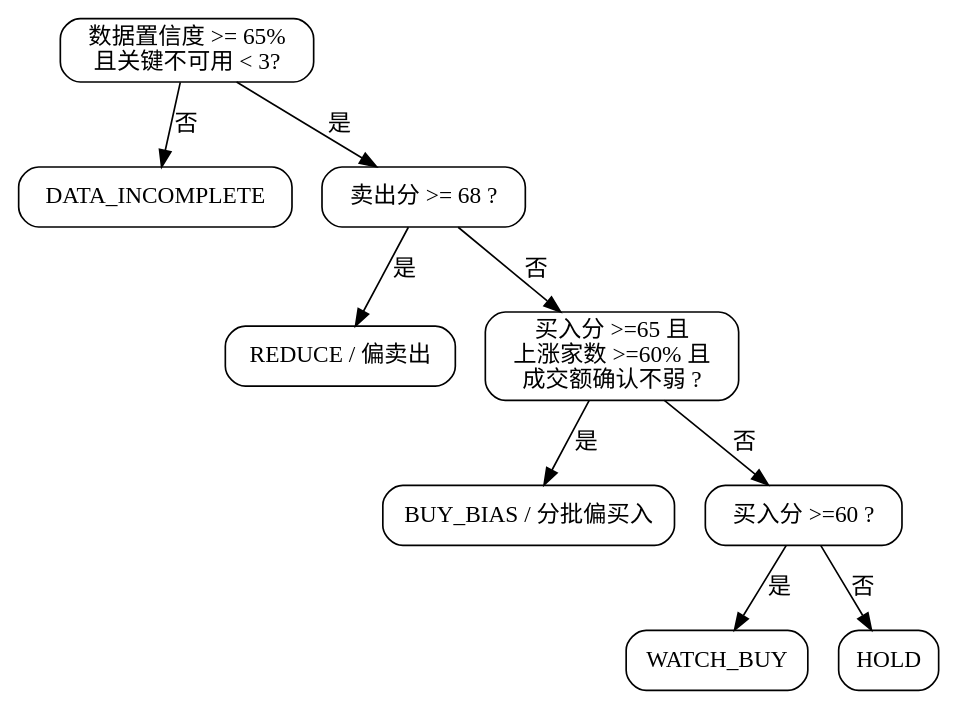
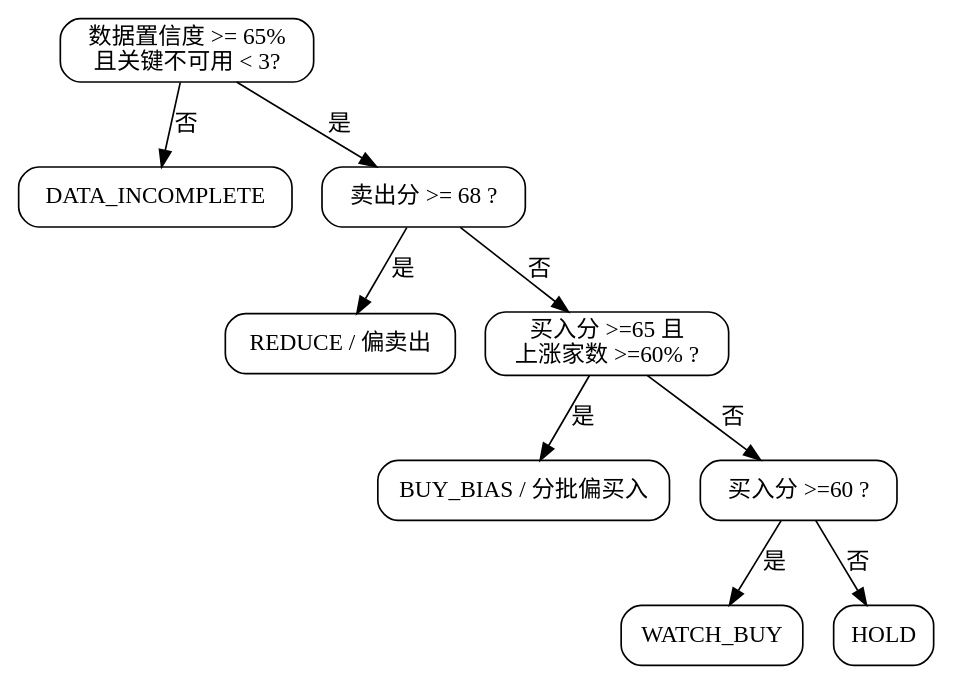
Before and after one commit to morewnutri/a_share_risk_engine: the diagram in decision_tree.dot, drawn with Graphviz. The commit also changed 1 other file, not shown here.

```diff
--- a/decision_tree.dot
+++ b/decision_tree.dot
@@ -1,17 +1,17 @@
 digraph AShareRiskTree {
     rankdir=TB;
     node [shape=box, style="rounded"];
     A [label="数据置信度 >= 65%\n且关键不可用 < 3?"];
     B [label="DATA_INCOMPLETE"];
     C [label="卖出分 >= 68 ?"];
     D [label="REDUCE / 偏卖出"];
-    E [label="买入分 >=65 且\n上涨家数 >=60% 且\n成交额确认不弱 ?"];
+    E [label="买入分 >=65 且\n上涨家数 >=60% ?"];
     F [label="BUY_BIAS / 分批偏买入"];
     G [label="买入分 >=60 ?"];
     H [label="WATCH_BUY"];
     I [label="HOLD"];
     A -> B [label="否"]; A -> C [label="是"];
     C -> D [label="是"]; C -> E [label="否"];
     E -> F [label="是"]; E -> G [label="否"];
     G -> H [label="是"]; G -> I [label="否"];
 }
```
